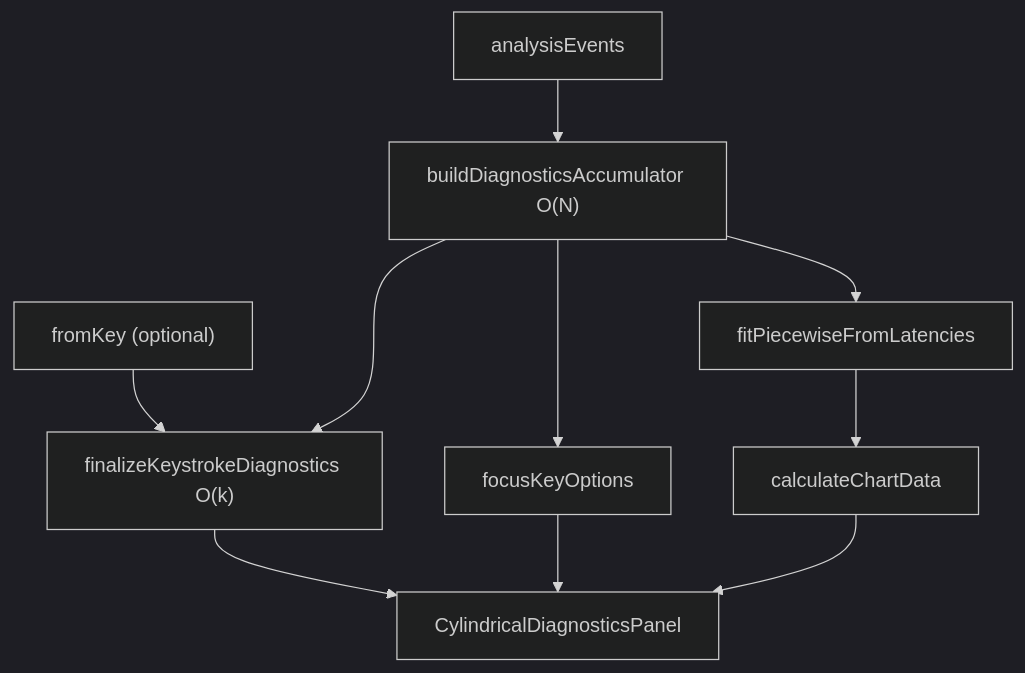
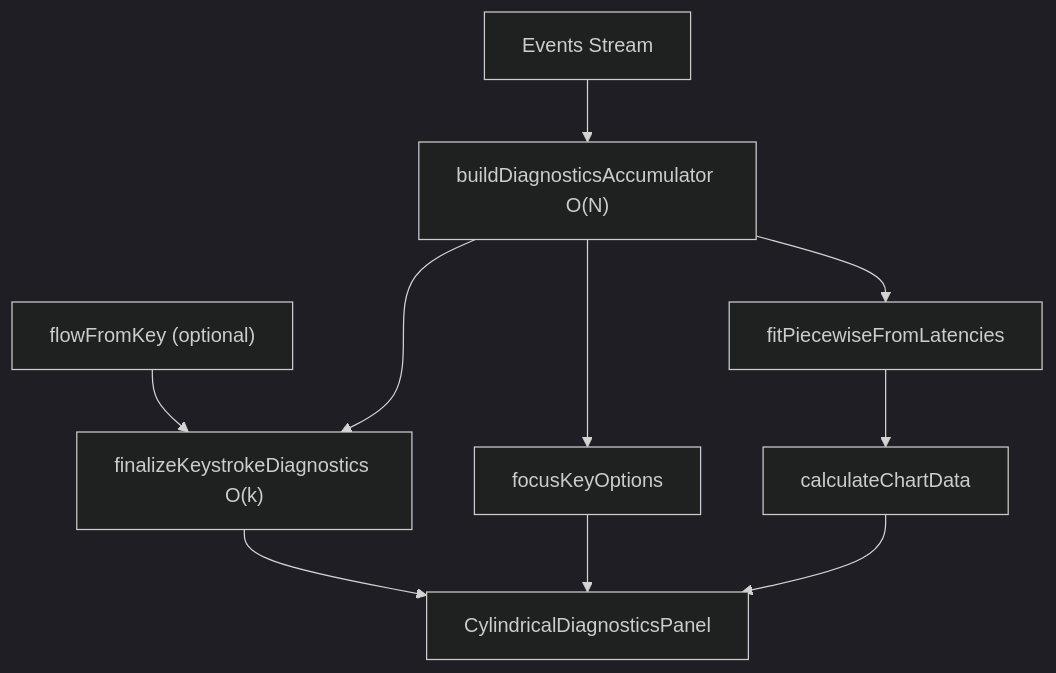
Before and after one commit to JSkutor/typediag: the diagram in docs/DIAGNOSTICS.md, drawn with Mermaid (dark theme). The commit also changed other lines of this file and 10 other files, not shown here.

````diff
--- a/docs/DIAGNOSTICS.md
+++ b/docs/DIAGNOSTICS.md
@@ -65,14 +32,14 @@
 ```mermaid
 flowchart TD
-    Events["analysisEvents"]
-    FromKey["fromKey (optional)"]
+    Events["Events Stream"]
+    FromKey["flowFromKey (optional)"]
     Events --> Acc["buildDiagnosticsAccumulator O(N)"]
     Acc --> FKOpt["focusKeyOptions"]
     Acc --> PW["fitPiecewiseFromLatencies"]
     PW --> Chart["calculateChartData"]
     FromKey --> Fin["finalizeKeystrokeDiagnostics O(k)"]
     Acc --> Fin
     Fin --> Panel["CylindricalDiagnosticsPanel"]
     FKOpt --> Panel
     Chart --> Panel
 ```
````
